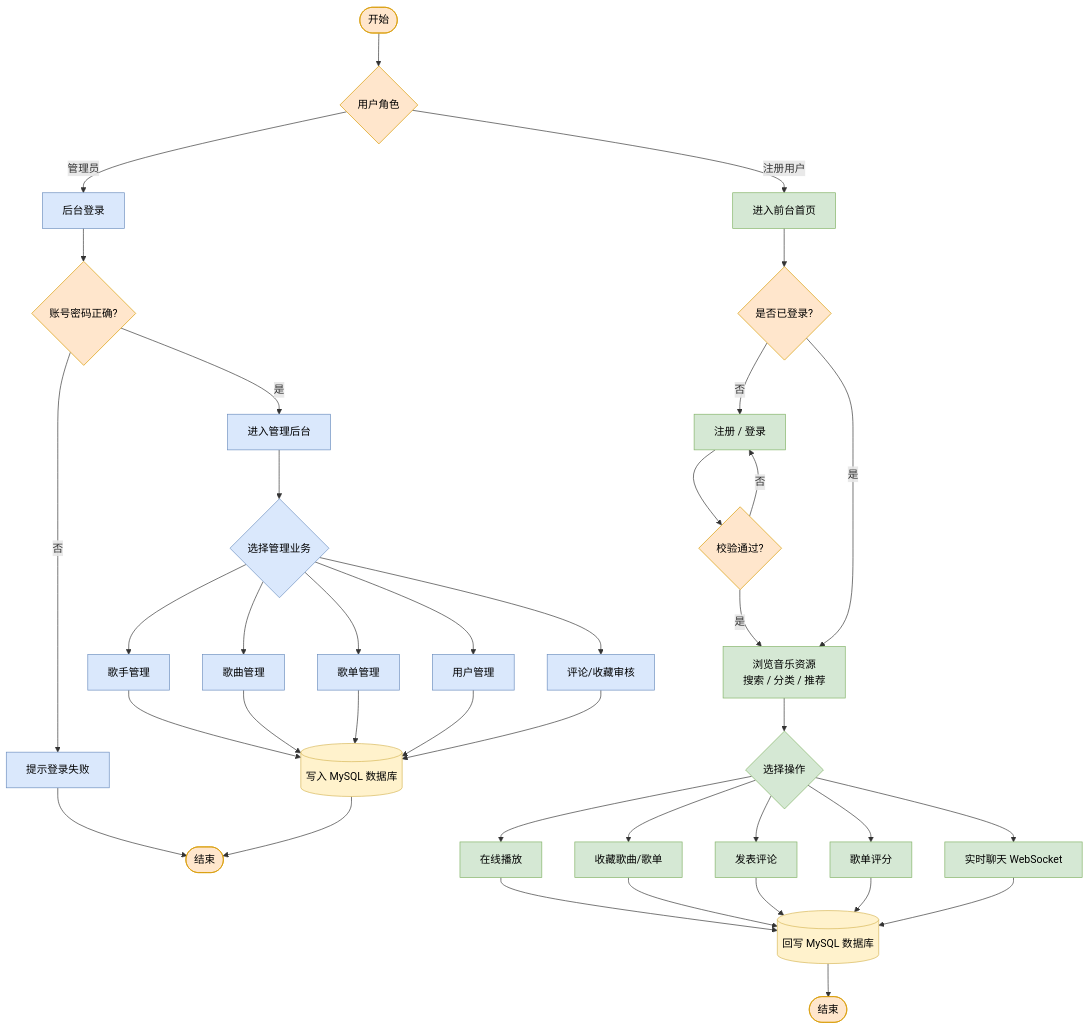
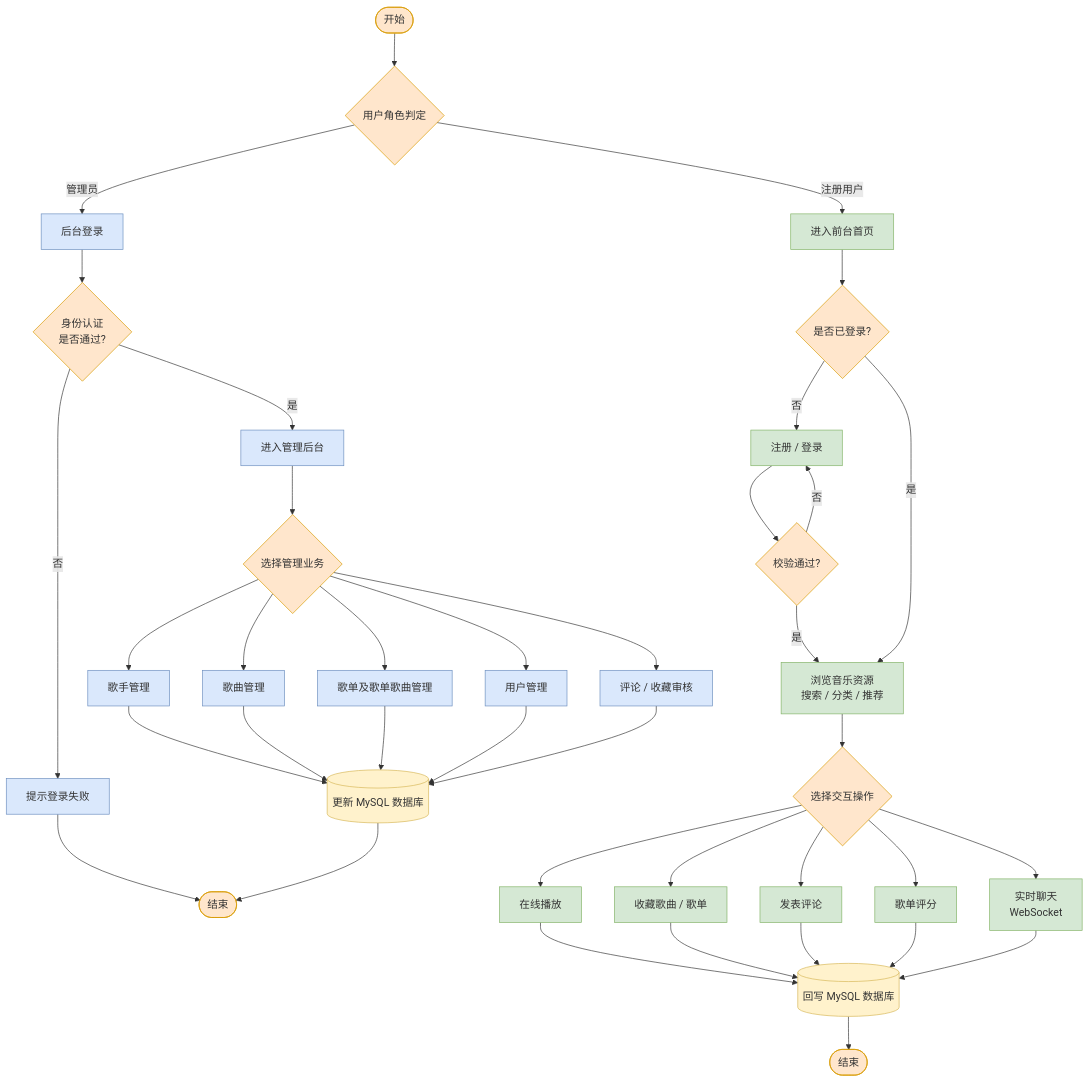
The diagram in all/未命名.md (Luk4sy/iodraw-files), drawn with Mermaid before and after one commit.

Commit message:
2026-04-13 14:55:34 update

````diff
--- a/all/未命名.md
+++ b/all/未命名.md
@@ -1,47 +1,35 @@
 ```mermaid
 flowchart TD
-    classDef admin fill:#DAE8FC,stroke:#6C8EBF,color:#000
-    classDef user  fill:#D5E8D4,stroke:#82B366,color:#000
-    classDef sys   fill:#FFE6CC,stroke:#D79B00,color:#000
-    classDef db    fill:#FFF2CC,stroke:#D6B656,color:#000
+    classDef admin fill:#DAE8FC,stroke:#6C8EBF
+    classDef user  fill:#D5E8D4,stroke:#82B366
+    classDef sys   fill:#FFE6CC,stroke:#D79B00
+    classDef db    fill:#FFF2CC,stroke:#D6B656
 
-    Start([开始])
-    Start --> Role{用户角色}
+    Start([开始]):::sys --> Role{用户角色判定}:::sys
 
     %% 管理员分支
-    Role -->|管理员| AdminLogin[后台登录]
-    AdminLogin --> AdminAuth{账号密码正确?}
-    AdminAuth -->|否| AdminFail[提示登录失败]
-    AdminFail --> EndA([结束])
-    AdminAuth -->|是| AdminHome[进入管理后台]
-    AdminHome --> AdminPick{选择管理业务}
-    AdminPick --> M1[歌手管理]
-    AdminPick --> M2[歌曲管理]
-    AdminPick --> M3[歌单管理]
-    AdminPick --> M4[用户管理]
-    AdminPick --> M5[评论/收藏审核]
-    M1 & M2 & M3 & M4 & M5 --> WriteDB[(写入 MySQL 数据库)]
-    WriteDB --> EndA
+    Role -->|管理员| AL[后台登录]:::admin
+    AL --> AA{身份认证<br/>是否通过?}:::sys
+    AA -->|否| AF[提示登录失败]:::admin --> EndA([结束]):::sys
+    AA -->|是| AH[进入管理后台]:::admin --> AP{选择管理业务}:::sys
+    AP --> M1[歌手管理]:::admin
+    AP --> M2[歌曲管理]:::admin
+    AP --> M3[歌单及歌单歌曲管理]:::admin
+    AP --> M4[用户管理]:::admin
+    AP --> M5[评论 / 收藏审核]:::admin
+    M1 & M2 & M3 & M4 & M5 --> WA[(更新 MySQL 数据库)]:::db --> EndA
 
     %% 用户分支
-    Role -->|注册用户| UserEnter[进入前台首页]
-    UserEnter --> UserAuth{是否已登录?}
-    UserAuth -->|否| Reg[注册 / 登录]
-    Reg --> UCheck{校验通过?}
-    UCheck -->|否| Reg
-    UCheck -->|是| Browse
-    UserAuth -->|是| Browse[浏览音乐资源<br/>搜索 / 分类 / 推荐]
-    Browse --> UPick{选择操作}
-    UPick --> Op1[在线播放]
-    UPick --> Op2[收藏歌曲/歌单]
-    UPick --> Op3[发表评论]
-    UPick --> Op4[歌单评分]
-    UPick --> Op5[实时聊天 WebSocket]
-    Op1 & Op2 & Op3 & Op4 & Op5 --> WriteDB2[(回写 MySQL 数据库)]
-    WriteDB2 --> EndU([结束])
-
-    class AdminLogin,AdminHome,AdminPick,M1,M2,M3,M4,M5,AdminFail admin
-    class UserEnter,Browse,Reg,UPick,Op1,Op2,Op3,Op4,Op5 user
-    class Start,EndA,EndU,Role,AdminAuth,UserAuth,UCheck sys
-    class WriteDB,WriteDB2 db
+    Role -->|注册用户| UE[进入前台首页]:::user --> UA{是否已登录?}:::sys
+    UA -->|否| Reg[注册 / 登录]:::user --> UC{校验通过?}:::sys
+    UC -->|否| Reg
+    UC -->|是| Br[浏览音乐资源<br/>搜索 / 分类 / 推荐]:::user
+    UA -->|是| Br
+    Br --> UP{选择交互操作}:::sys
+    UP --> O1[在线播放]:::user
+    UP --> O2[收藏歌曲 / 歌单]:::user
+    UP --> O3[发表评论]:::user
+    UP --> O4[歌单评分]:::user
+    UP --> O5[实时聊天<br/>WebSocket]:::user
+    O1 & O2 & O3 & O4 & O5 --> WU[(回写 MySQL 数据库)]:::db --> EndU([结束]):::sys
 ```
````
